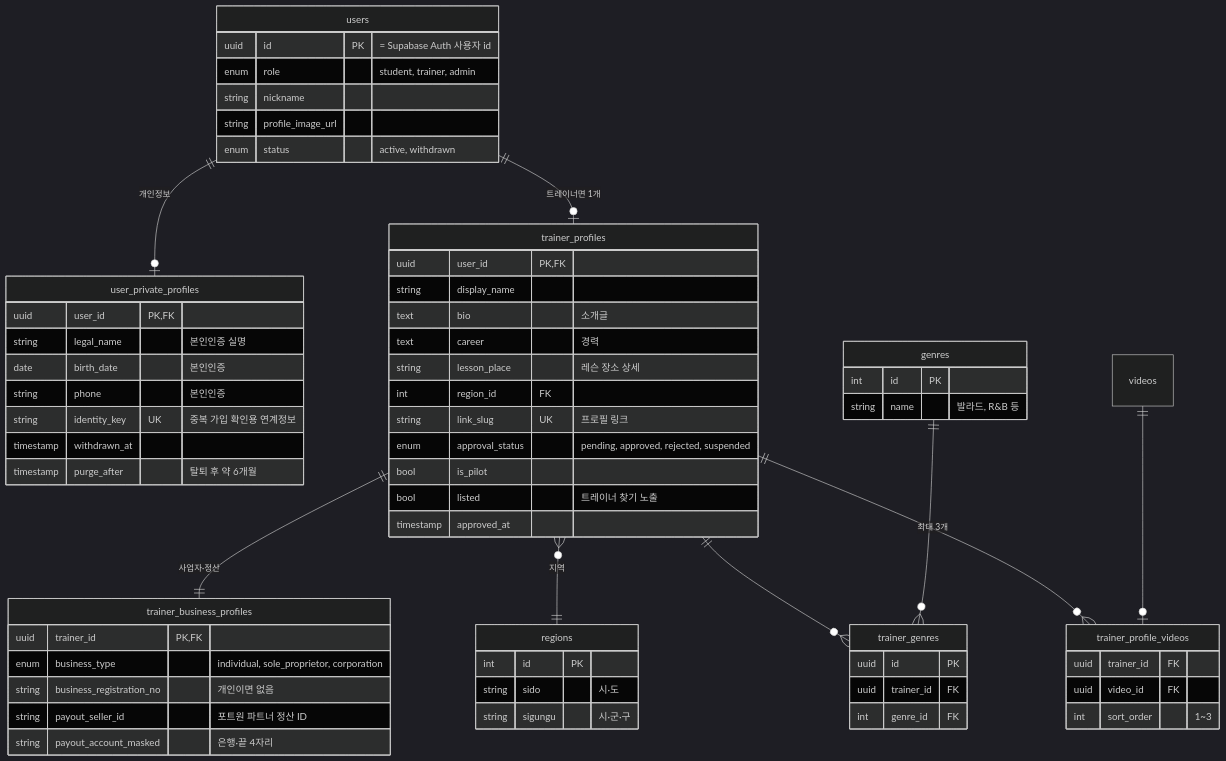
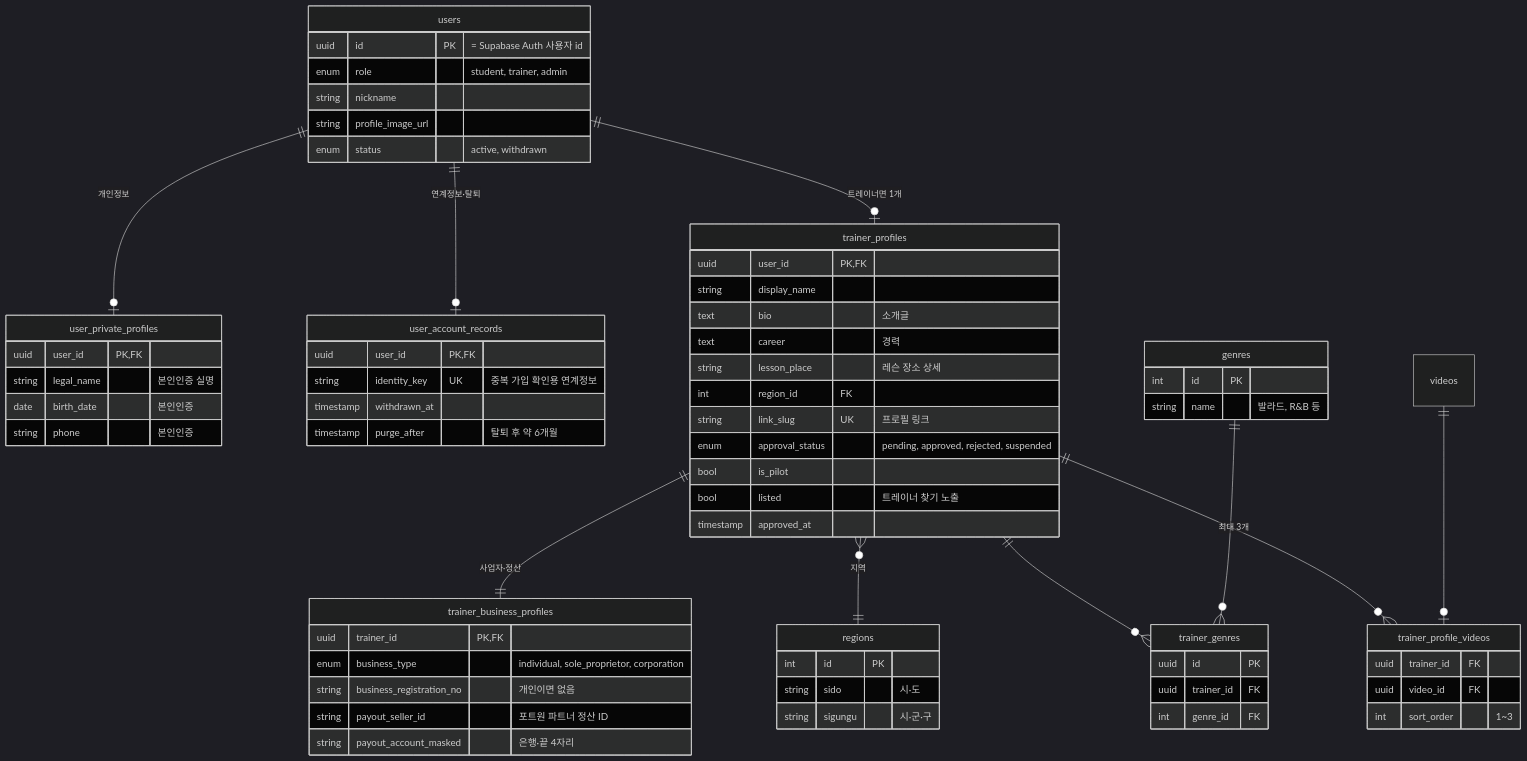
One commit to Yun-Jehyeok/vocals changed the first of 7 diagrams in docs/erd.md. Above: the diagram before and after it, drawn with Mermaid (dark theme). The commit also changed other lines of this file, not shown here.

First line of the commit message:
docs: 연계정보·탈퇴 일정을 user_account_records로 분리

````diff
--- a/docs/erd.md
+++ b/docs/erd.md
@@ -42,67 +43,71 @@
 ```mermaid
 erDiagram
     users ||--o| user_private_profiles : "개인정보"
+    users ||--o| user_account_records : "연계정보·탈퇴"
     users ||--o| trainer_profiles : "트레이너면 1개"
     trainer_profiles ||--|| trainer_business_profiles : "사업자·정산"
     trainer_profiles }o--|| regions : "지역"
     trainer_profiles ||--o{ trainer_genres : ""
     genres ||--o{ trainer_genres : ""
     trainer_profiles ||--o{ trainer_profile_videos : "최대 3개"
     videos ||--o| trainer_profile_videos : ""
 
     users {
         uuid id PK "= Supabase Auth 사용자 id"
         enum role "student, trainer, admin"
         string nickname
         string profile_image_url
         enum status "active, withdrawn"
     }
     user_private_profiles {
         uuid user_id PK, FK
         string legal_name "본인인증 실명"
         date birth_date "본인인증"
         string phone "본인인증"
+    }
+    user_account_records {
+        uuid user_id PK, FK
         string identity_key UK "중복 가입 확인용 연계정보"
         timestamp withdrawn_at
         timestamp purge_after "탈퇴 후 약 6개월"
     }
     trainer_profiles {
         uuid user_id PK, FK
         string display_name
         text bio "소개글"
         text career "경력"
         string lesson_place "레슨 장소 상세"
         int region_id FK
         string link_slug UK "프로필 링크"
         enum approval_status "pending, approved, rejected, suspended"
         bool is_pilot
         bool listed "트레이너 찾기 노출"
         timestamp approved_at
     }
     trainer_business_profiles {
         uuid trainer_id PK, FK
         enum business_type "individual, sole_proprietor, corporation"
         string business_registration_no "개인이면 없음"
         string payout_seller_id "포트원 파트너 정산 ID"
         string payout_account_masked "은행·끝 4자리"
     }
     regions {
         int id PK
         string sido "시·도"
         string sigungu "시·군·구"
     }
     genres {
         int id PK
         string name "발라드, R&B 등"
     }
     trainer_genres {
         uuid id PK
         uuid trainer_id FK
         int genre_id FK
     }
     trainer_profile_videos {
         uuid trainer_id FK
         uuid video_id FK
         int sort_order "1~3"
     }
 ```
````
